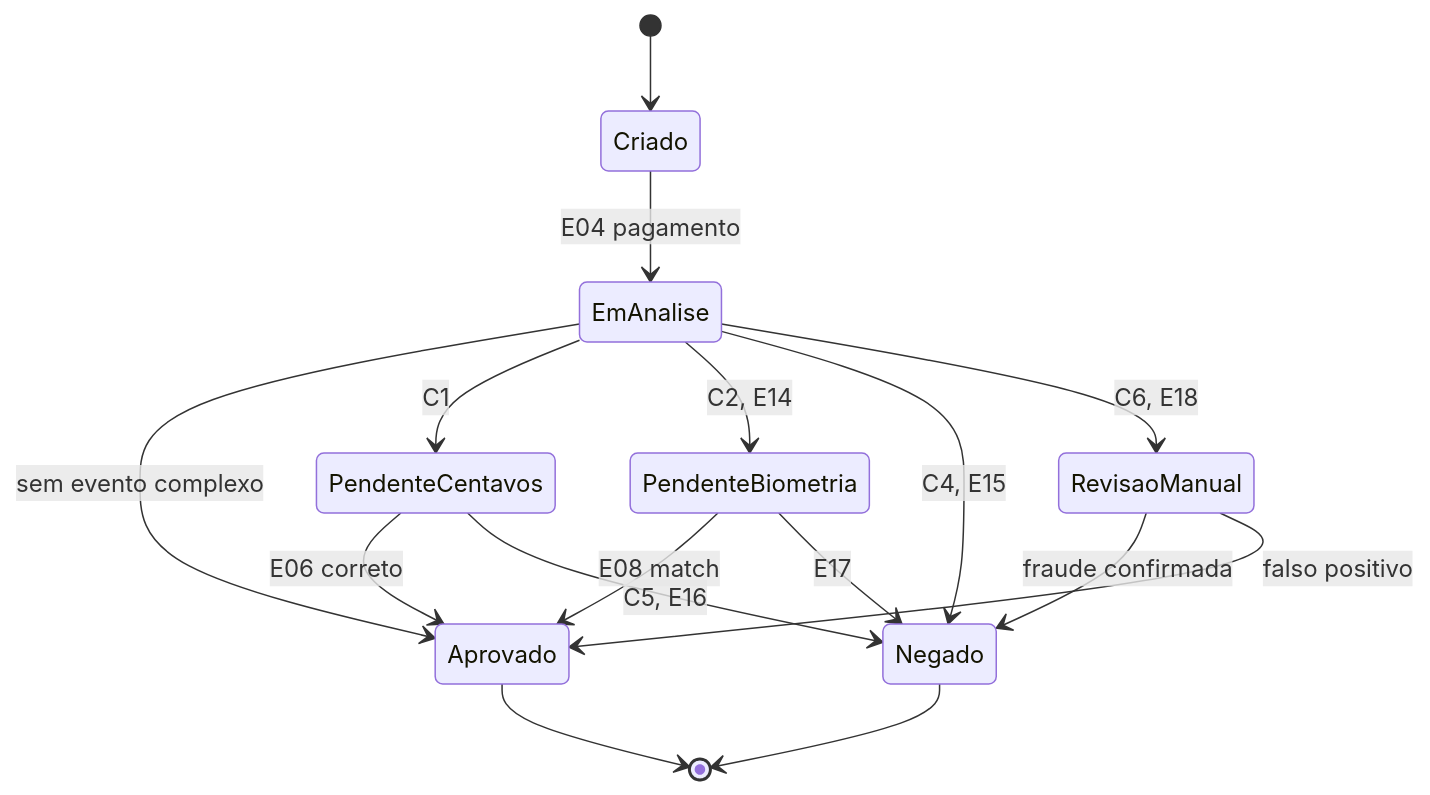
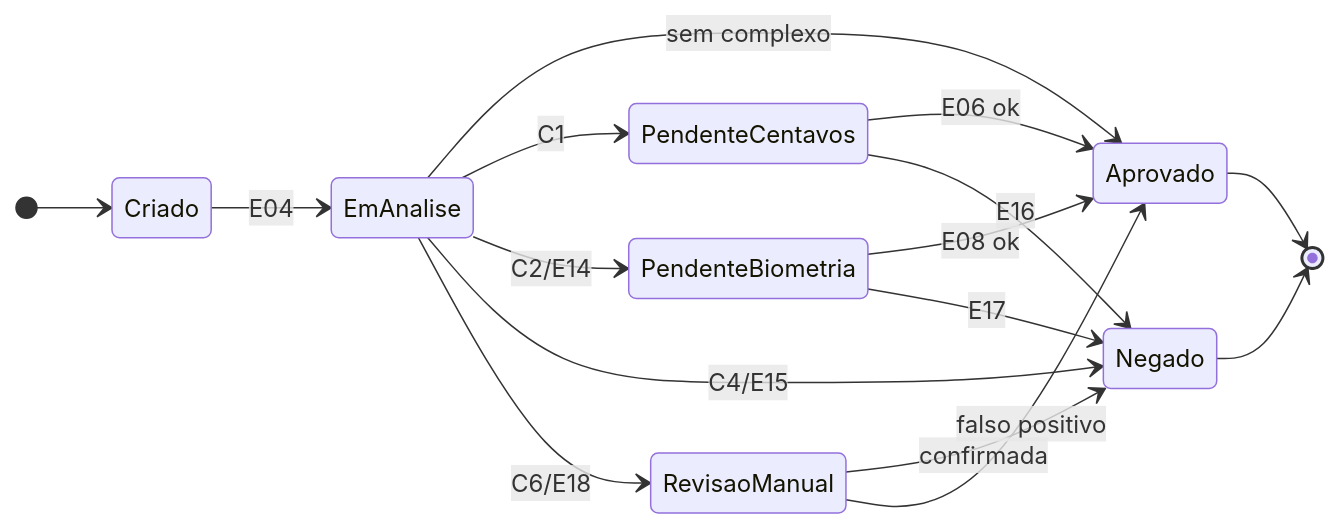
The third of 6 diagrams in ponderada-cep-antifraude.md (AndreLobo1/scsdscd), drawn with Mermaid before and after one commit. The commit also changed other lines of this file, not shown here.

````diff
--- a/ponderada-cep-antifraude.md
+++ b/ponderada-cep-antifraude.md
@@ -176,18 +177,19 @@
 ```mermaid
 stateDiagram-v2
+    direction LR
     [*] --> Criado
-    Criado --> EmAnalise : E04 pagamento
-    EmAnalise --> Aprovado : sem evento complexo
+    Criado --> EmAnalise : E04
+    EmAnalise --> Aprovado : sem complexo
     EmAnalise --> PendenteCentavos : C1
-    EmAnalise --> PendenteBiometria : C2, E14
-    EmAnalise --> Negado : C4, E15
-    EmAnalise --> RevisaoManual : C6, E18
-    PendenteCentavos --> Aprovado : E06 correto
-    PendenteCentavos --> Negado : C5, E16
-    PendenteBiometria --> Aprovado : E08 match
+    EmAnalise --> PendenteBiometria : C2/E14
+    EmAnalise --> Negado : C4/E15
+    EmAnalise --> RevisaoManual : C6/E18
+    PendenteCentavos --> Aprovado : E06 ok
+    PendenteCentavos --> Negado : E16
+    PendenteBiometria --> Aprovado : E08 ok
     PendenteBiometria --> Negado : E17
-    RevisaoManual --> Negado : fraude confirmada
+    RevisaoManual --> Negado : confirmada
     RevisaoManual --> Aprovado : falso positivo
     Aprovado --> [*]
     Negado --> [*]
 ```
````
